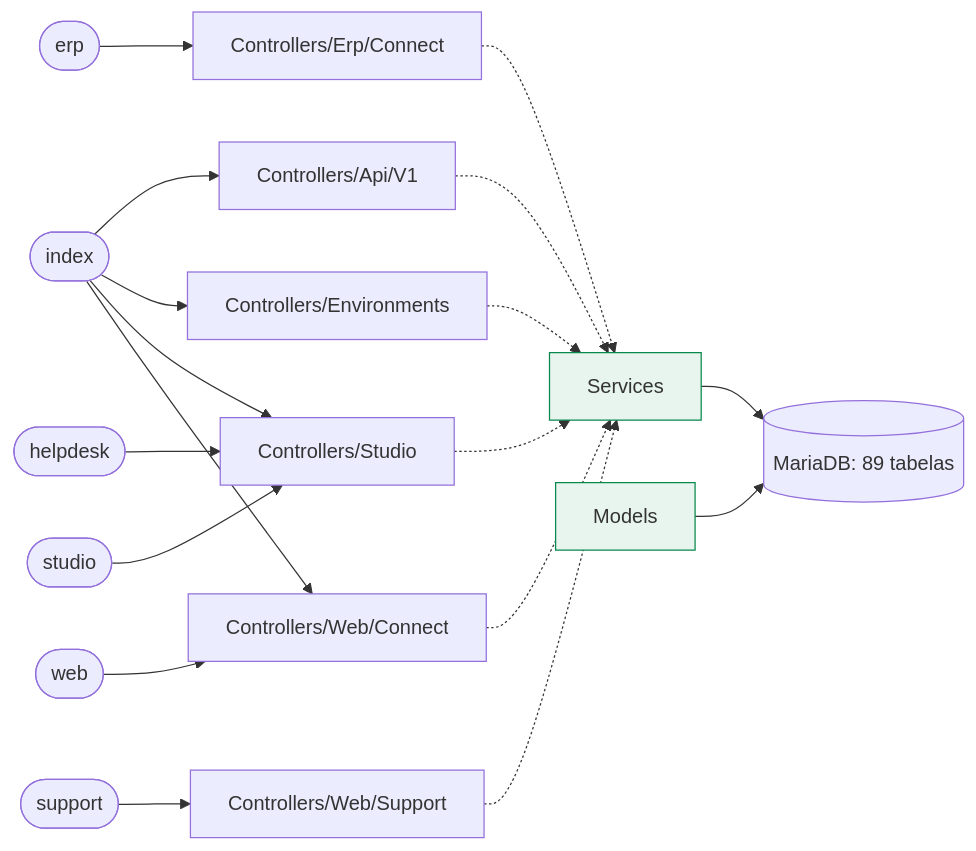
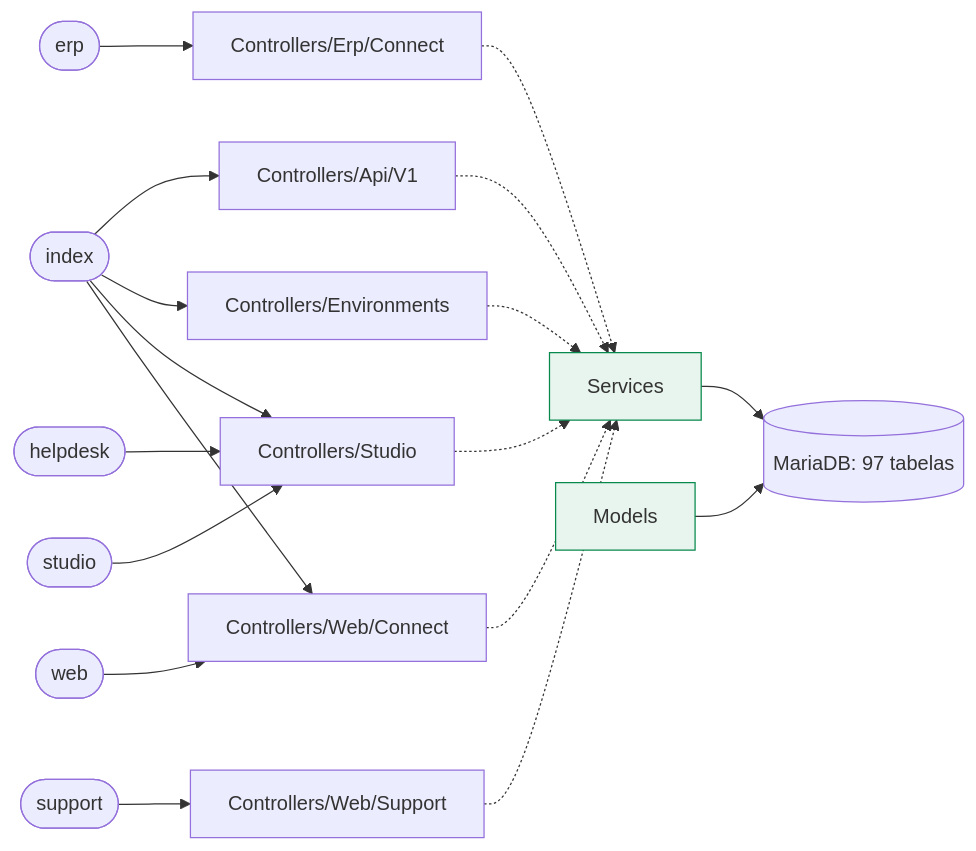
One commit to djalmamartins/connect-erp changed the first of 2 diagrams in docs/map/README.md. Above: the diagram before and after it, drawn with Mermaid. The commit also changed other lines of this file and 1 other file, not shown here.

````diff
--- a/docs/map/README.md
+++ b/docs/map/README.md
@@ -13,30 +13,30 @@
 ```mermaid
 flowchart LR
   env_erp(["erp"])
   env_erp --> pkg_Controllers_Erp_Connect["Controllers/Erp/Connect"]
   env_helpdesk(["helpdesk"])
   env_helpdesk --> pkg_Controllers_Studio["Controllers/Studio"]
   env_index(["index"])
   env_index --> pkg_Controllers_Api_V1["Controllers/Api/V1"]
   env_index --> pkg_Controllers_Environments["Controllers/Environments"]
   env_index --> pkg_Controllers_Studio["Controllers/Studio"]
   env_index --> pkg_Controllers_Web_Connect["Controllers/Web/Connect"]
   env_studio(["studio"])
   env_studio --> pkg_Controllers_Studio["Controllers/Studio"]
   env_support(["support"])
   env_support --> pkg_Controllers_Web_Support["Controllers/Web/Support"]
   env_web(["web"])
   env_web --> pkg_Controllers_Web_Connect["Controllers/Web/Connect"]
   pkg_svc["Services"]:::svc
   pkg_mdl["Models"]:::svc
-  db[("MariaDB: 89 tabelas")]
+  db[("MariaDB: 97 tabelas")]
   pkg_Controllers_Api_V1 -.-> pkg_svc
   pkg_Controllers_Environments -.-> pkg_svc
   pkg_Controllers_Erp_Connect -.-> pkg_svc
   pkg_Controllers_Studio -.-> pkg_svc
   pkg_Controllers_Web_Connect -.-> pkg_svc
   pkg_Controllers_Web_Support -.-> pkg_svc
   pkg_svc --> db
   pkg_mdl --> db
   classDef svc fill:#e8f5ee,stroke:#07884c
 ```
````
